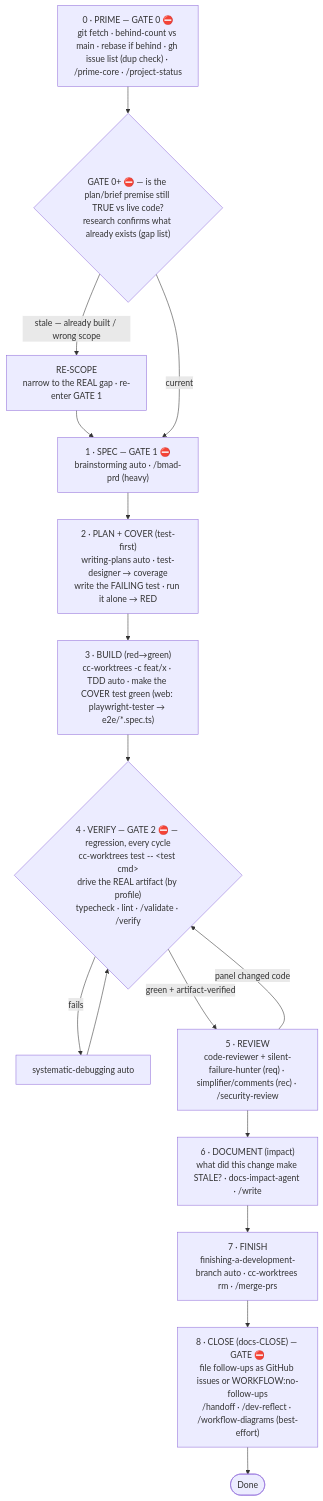
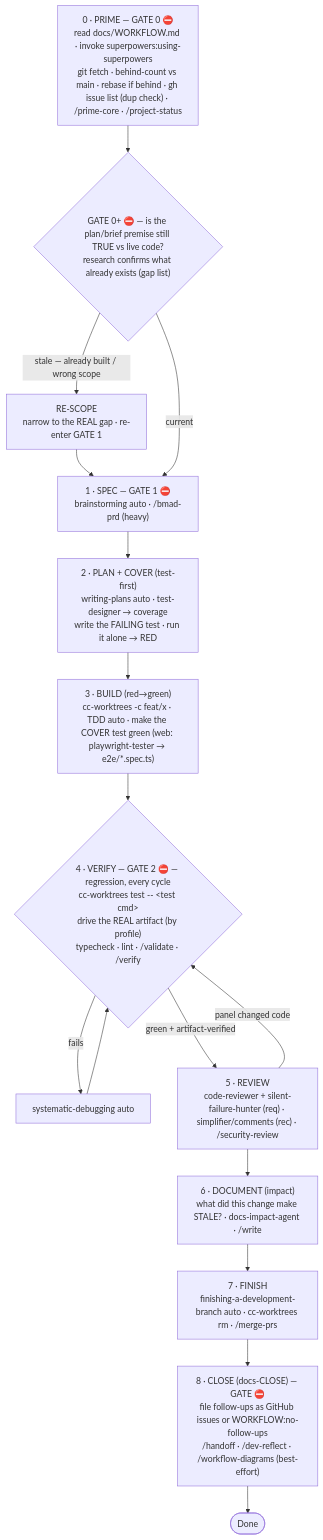
The first of 2 diagrams in .claude/rules/workflow.md (HenriGeorge/AutoCue), drawn with Mermaid before and after one commit. The commit also changed other lines of this file and 10 other files, not shown here.

````diff
--- a/.claude/rules/workflow.md
+++ b/.claude/rules/workflow.md
@@ -40,20 +40,20 @@
 ```mermaid
 flowchart TD
-    P0["0 · PRIME — GATE 0 ⛔<br/>git fetch · behind-count vs main · rebase if behind · gh issue list (dup check) · /prime-core · /project-status"] --> G0
+    P0["0 · PRIME — GATE 0 ⛔<br/>read docs/WORKFLOW.md · invoke superpowers:using-superpowers<br/>git fetch · behind-count vs main · rebase if behind · gh issue list (dup check) · /prime-core · /project-status"] --> G0
     G0{"GATE 0+ ⛔ — is the plan/brief premise still TRUE vs live code?<br/>research confirms what already exists (gap list)"}
     G0 -->|"stale — already built / wrong scope"| RS["RE-SCOPE<br/>narrow to the REAL gap · re-enter GATE 1"]
     RS --> P1
     G0 -->|"current"| P1
     P1["1 · SPEC — GATE 1 ⛔<br/>brainstorming auto · /bmad-prd (heavy)"] --> P2
     P2["2 · PLAN + COVER (test-first)<br/>writing-plans auto · test-designer → coverage<br/>write the FAILING test · run it alone → RED"] --> P3
     P3["3 · BUILD (red→green)<br/>cc-worktrees -c feat/x · TDD auto · make the COVER test green (web: playwright-tester → e2e/*.spec.ts)"] --> P4
     P4{"4 · VERIFY — GATE 2 ⛔ — regression, every cycle<br/>cc-worktrees test -- &lt;test cmd&gt;<br/>drive the REAL artifact (by profile)<br/>typecheck · lint · /validate · /verify"}
     P4 -->|fails| DBG["systematic-debugging auto"]
     DBG --> P4
     P4 -->|"green + artifact-verified"| P5["5 · REVIEW<br/>code-reviewer + silent-failure-hunter (req) · simplifier/comments (rec) · /security-review"]
     P5 -->|"panel changed code"| P4
     P5 --> P6["6 · DOCUMENT (impact)<br/>what did this change make STALE? · docs-impact-agent · /write"]
     P6 --> P7["7 · FINISH<br/>finishing-a-development-branch auto · cc-worktrees rm · /merge-prs"]
     P7 --> P8["8 · CLOSE (docs-CLOSE) — GATE ⛔<br/>file follow-ups as GitHub issues or WORKFLOW:no-follow-ups<br/>/handoff · /dev-reflect · /workflow-diagrams (best-effort)"]
     P8 --> Done([Done])
 ```
````
